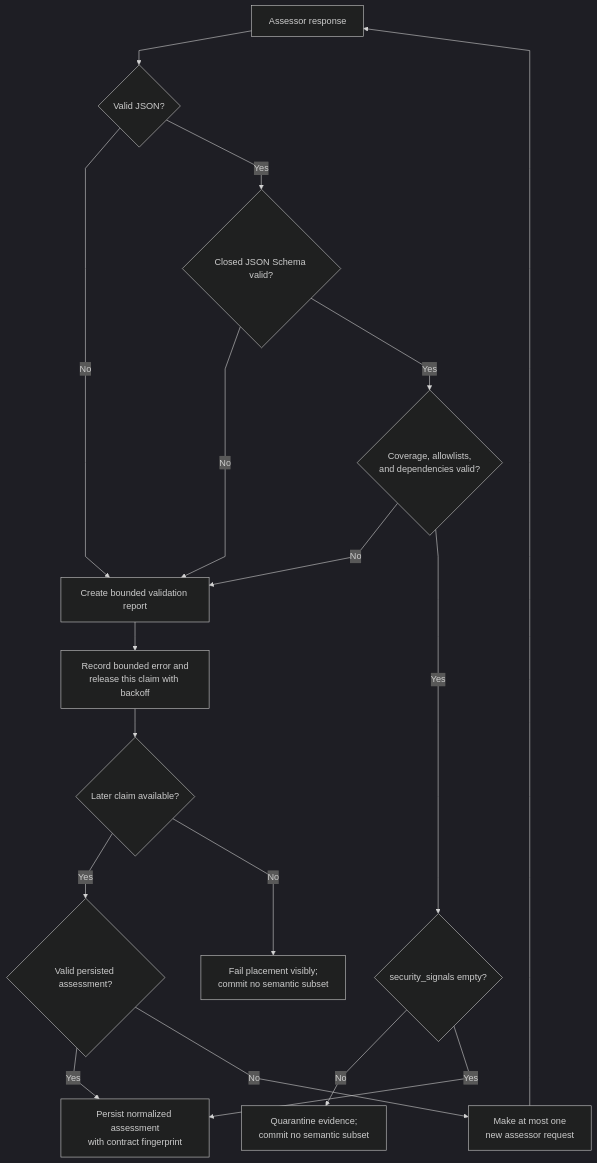
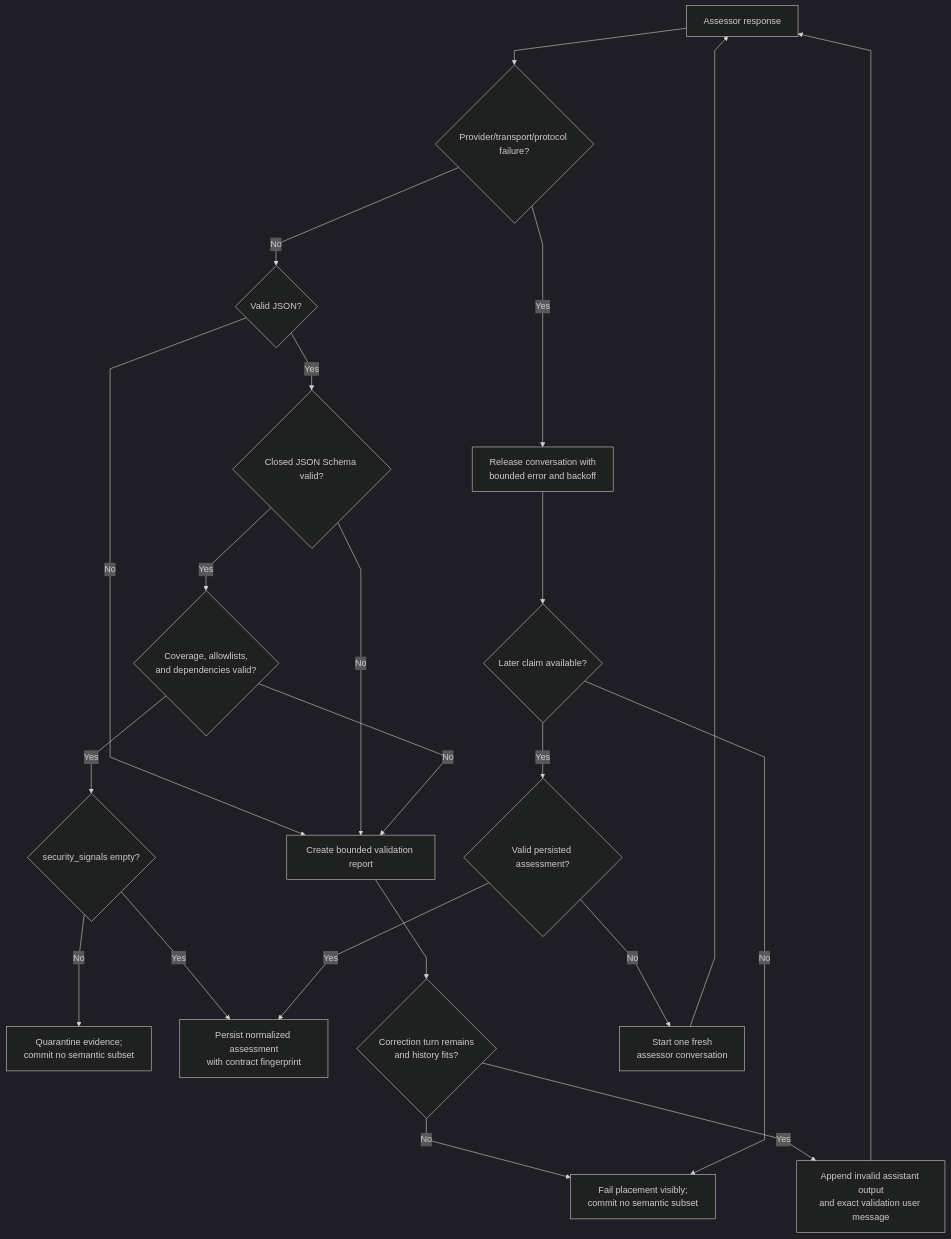
Before and after one commit to markhuangai/dense-mem: the ninth of 14 diagrams in Write-Pipeline.md, drawn with Mermaid (dark theme). The commit also changed other lines of this file and 18 other files, not shown here.

Commit message:
docs: define assessor correction and provider retries

````diff
--- a/Write-Pipeline.md
+++ b/Write-Pipeline.md
@@ -894,20 +953,25 @@
 ```mermaid
 %%{init: {"flowchart": {"curve": "linear"}}}%%
 flowchart TD
-  Response["Assessor response"] --> JSON{"Valid JSON?"}
+  Response["Assessor response"] --> ProviderFailure{"Provider/transport/protocol failure?"}
+  ProviderFailure -- Yes --> Release["Release conversation with<br/>bounded error and backoff"]
+  ProviderFailure -- No --> JSON{"Valid JSON?"}
   JSON -- No --> Error["Create bounded validation report"]
   JSON -- Yes --> Schema{"Closed JSON Schema valid?"}
   Schema -- No --> Error
   Schema -- Yes --> Coverage{"Coverage, allowlists,<br/>and dependencies valid?"}
   Coverage -- No --> Error
   Coverage -- Yes --> Signals{"security_signals empty?"}
   Signals -- No --> Quarantine["Quarantine evidence;<br/>commit no semantic subset"]
   Signals -- Yes --> Persist["Persist normalized assessment<br/>with contract fingerprint"]
-  Error --> Release["Record bounded error and<br/>release this claim with backoff"]
+  Error --> Turns{"Correction turn remains<br/>and history fits?"}
+  Turns -- Yes --> Correct["Append invalid assistant output<br/>and exact validation user message"]
+  Correct --> Response
+  Turns -- No --> Fail["Fail placement visibly;<br/>commit no semantic subset"]
   Release --> Later{"Later claim available?"}
   Later -- Yes --> Existing{"Valid persisted assessment?"}
   Existing -- Yes --> Persist
-  Existing -- No --> New["Make at most one<br/>new assessor request"]
+  Existing -- No --> New["Start one fresh<br/>assessor conversation"]
   New --> Response
   Later -- No --> Fail["Fail placement visibly;<br/>commit no semantic subset"]
 ```
````
